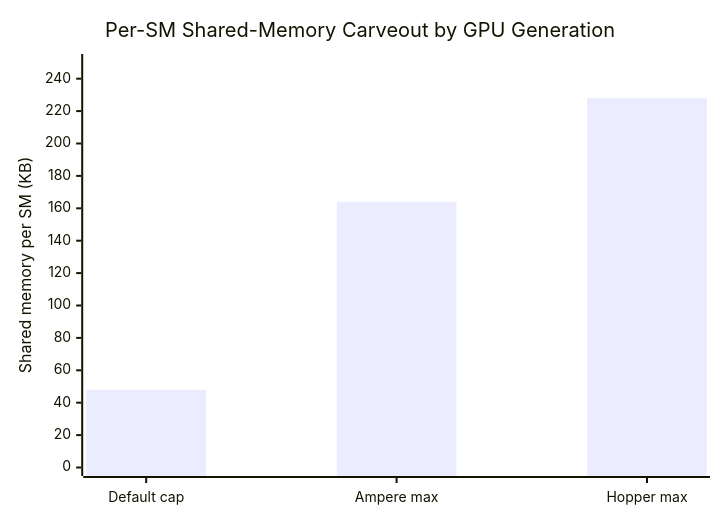
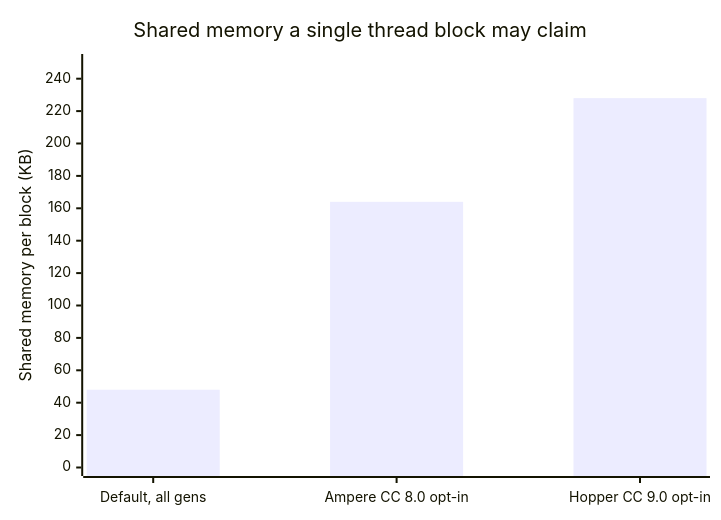
One commit to rppol/system-design changed the fifth of 6 diagrams in src/main/java/com/rutik/systemdesign/cuda/shared_memory_and_bank_conflicts/shared_memory_and_bank_conflicts.md. Above: the diagram before and after it, drawn with Mermaid. The commit also changed other lines of this file and 4 other files, not shown here.

````diff
--- a/src/main/java/com/rutik/systemdesign/cuda/shared_memory_and_bank_conflicts/shared_memory_and_bank_conflicts.md
+++ b/src/main/java/com/rutik/systemdesign/cuda/shared_memory_and_bank_conflicts/shared_memory_and_bank_conflicts.md
@@ -643,7 +652,7 @@
 ```mermaid
 xychart-beta
-    title "Per-SM Shared-Memory Carveout by GPU Generation"
-    x-axis ["Default cap", "Ampere max", "Hopper max"]
-    y-axis "Shared memory per SM (KB)" 0 --> 250
+    title "Shared memory a single thread block may claim"
+    x-axis ["Default, all gens", "Ampere CC 8.0 opt-in", "Hopper CC 9.0 opt-in"]
+    y-axis "Shared memory per block (KB)" 0 --> 250
     bar [48, 164, 228]
 ```
````
